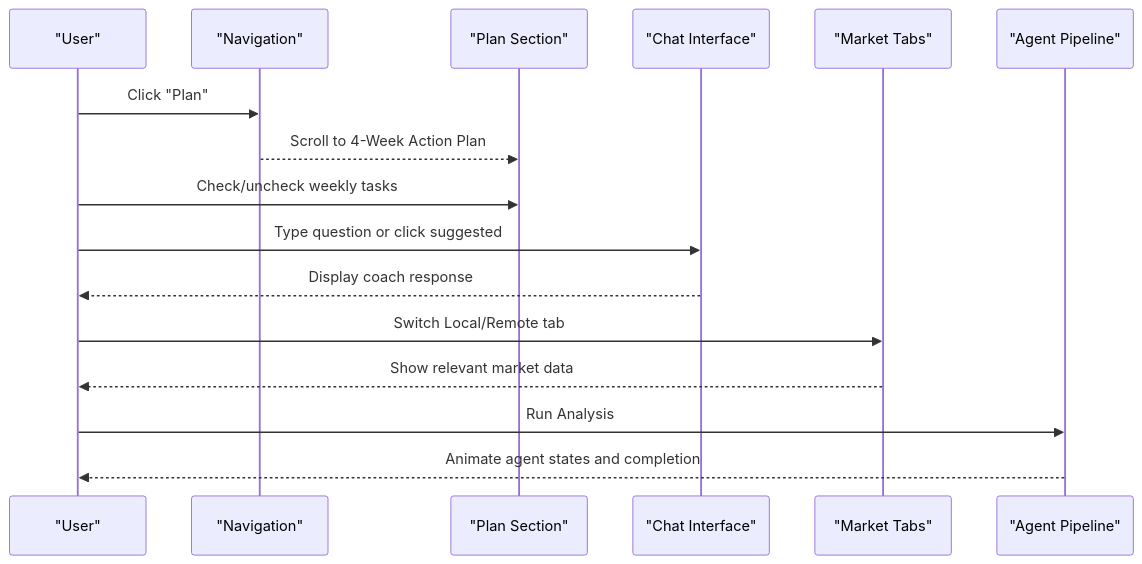
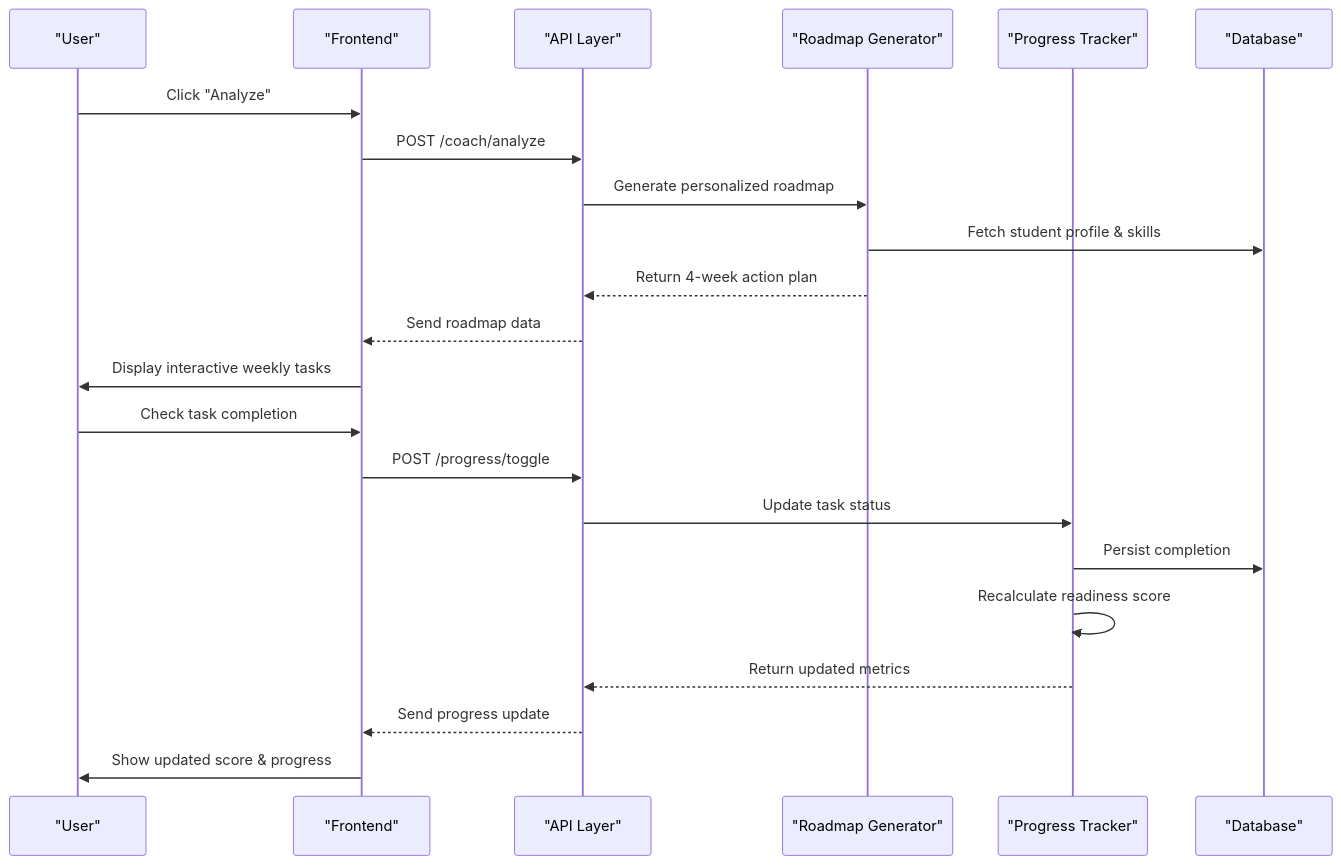
The second of 4 diagrams in .qoder/repowiki/en/content/Core Features/Action Planning System.md (Alishba-Moin/CareerCompass), drawn with Mermaid before and after one commit. The commit also changed other lines of this file and 38 other files, not shown here.

Commit message:
Add Roadmap pdf download option

````diff
--- a/.qoder/repowiki/en/content/Core Features/Action Planning System.md
+++ b/.qoder/repowiki/en/content/Core Features/Action Planning System.md
@@ -86,18 +92,24 @@
 ```mermaid
 sequenceDiagram
 participant U as "User"
-participant N as "Navigation"
-participant P as "Plan Section"
-participant C as "Chat Interface"
-participant M as "Market Tabs"
-participant Ag as "Agent Pipeline"
-U->>N : Click "Plan"
-N-->>P : Scroll to 4-Week Action Plan
-U->>P : Check/uncheck weekly tasks
-U->>C : Type question or click suggested
-C-->>U : Display coach response
-U->>M : Switch Local/Remote tab
-M-->>U : Show relevant market data
-U->>Ag : Run Analysis
-Ag-->>U : Animate agent states and completion
+participant FE as "Frontend"
+participant API as "API Layer"
+participant RGA as "Roadmap Generator"
+participant PTA as "Progress Tracker"
+participant DB as "Database"
+U->>FE : Click "Analyze"
+FE->>API : POST /coach/analyze
+API->>RGA : Generate personalized roadmap
+RGA->>DB : Fetch student profile & skills
+RGA-->>API : Return 4-week action plan
+API-->>FE : Send roadmap data
+FE->>U : Display interactive weekly tasks
+U->>FE : Check task completion
+FE->>API : POST /progress/toggle
+API->>PTA : Update task status
+PTA->>DB : Persist completion
+PTA->>PTA : Recalculate readiness score
+PTA-->>API : Return updated metrics
+API-->>FE : Send progress update
+FE->>U : Show updated score & progress
 ```
````
